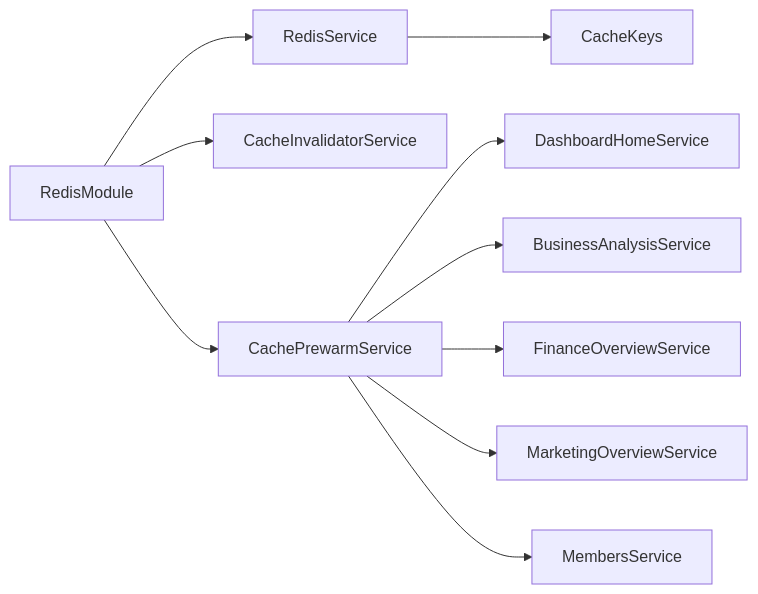
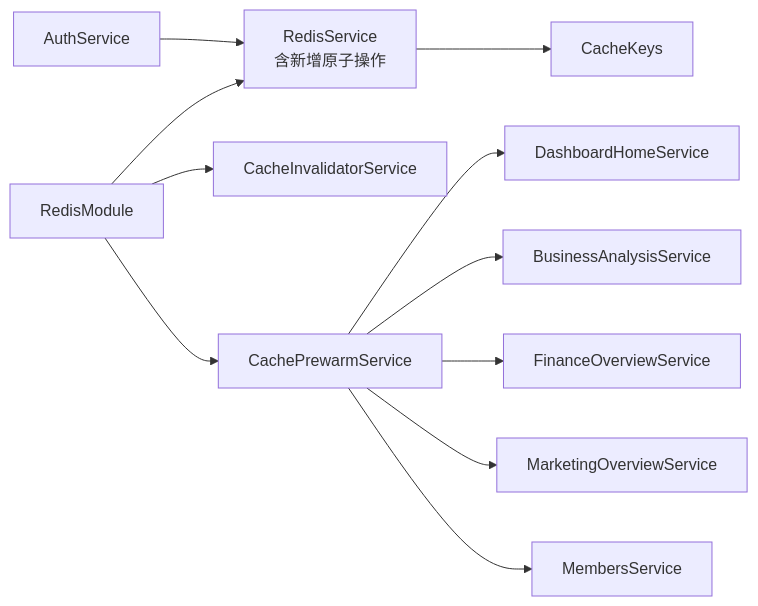
Before and after one commit to rc558620/purelyprofit-server: the ninth of 9 diagrams in .qoder/repowiki/zh/content/缓存系统/缓存系统.md, drawn with Mermaid. The commit also changed other lines of this file and 65 other files, not shown here.

````diff
--- a/.qoder/repowiki/zh/content/缓存系统/缓存系统.md
+++ b/.qoder/repowiki/zh/content/缓存系统/缓存系统.md
@@ -469,12 +540,13 @@
 ```mermaid
 graph LR
-RM["RedisModule"] --> RS["RedisService"]
+RM["RedisModule"] --> RS["RedisService<br/>含新增原子操作"]
 RM --> CIS["CacheInvalidatorService"]
 RM --> CPS["CachePrewarmService"]
 CPS --> DHBiz["DashboardHomeService"]
 CPS --> BABiz["BusinessAnalysisService"]
 CPS --> FOBiz["FinanceOverviewService"]
 CPS --> MOBiz["MarketingOverviewService"]
 CPS --> MembBiz["MembersService"]
 RS --> CK["CacheKeys"]
+AUTH["AuthService"] --> RS
 ```
````
